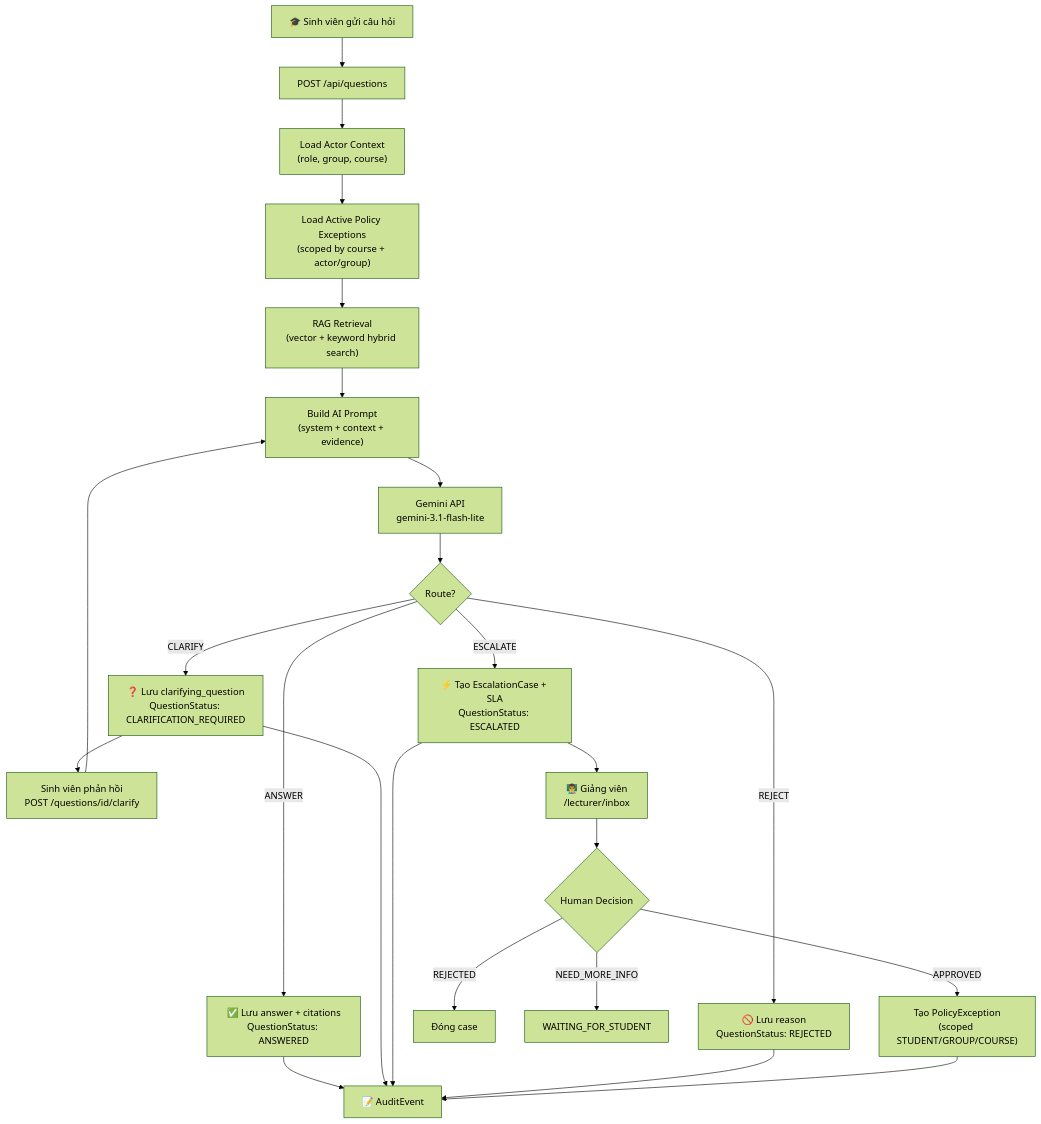
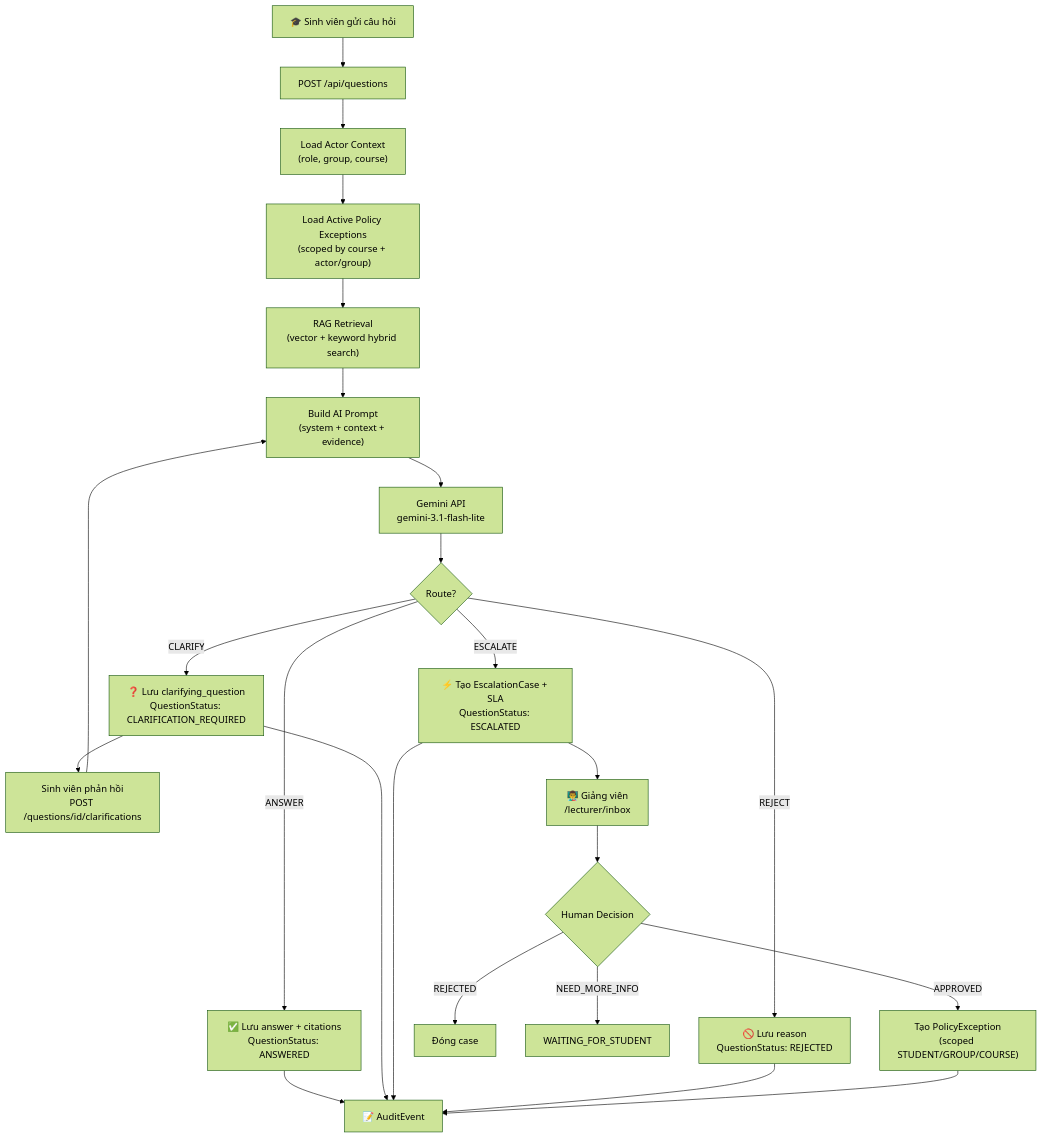
One commit to HnhanBk415/academic-escalation-referee changed the second of 2 diagrams in PROJECT_OVERVIEW.md. Above: the diagram before and after it, drawn with Mermaid (forest theme). The commit also changed other lines of this file and 44 other files, not shown here.

````diff
--- a/PROJECT_OVERVIEW.md
+++ b/PROJECT_OVERVIEW.md
@@ -786,26 +889,26 @@
 ```mermaid
 flowchart TD
     A["🎓 Sinh viên gửi câu hỏi"] --> B["POST /api/questions"]
     B --> C["Load Actor Context\n(role, group, course)"]
     C --> D["Load Active Policy Exceptions\n(scoped by course + actor/group)"]
     D --> E["RAG Retrieval\n(vector + keyword hybrid search)"]
     E --> F["Build AI Prompt\n(system + context + evidence)"]
     F --> G["Gemini API\ngemini-3.1-flash-lite"]
     G --> H{"Route?"}
     H -->|ANSWER| I["✅ Lưu answer + citations\nQuestionStatus: ANSWERED"]
     H -->|CLARIFY| J["❓ Lưu clarifying_question\nQuestionStatus: CLARIFICATION_REQUIRED"]
     H -->|ESCALATE| K["⚡ Tạo EscalationCase + SLA\nQuestionStatus: ESCALATED"]
     H -->|REJECT| L["🚫 Lưu reason\nQuestionStatus: REJECTED"]
-    J --> M["Sinh viên phản hồi\nPOST /questions/id/clarify"]
+    J --> M["Sinh viên phản hồi\nPOST /questions/id/clarifications"]
     M --> F
     K --> N["👨‍🏫 Giảng viên\n/lecturer/inbox"]
     N --> O{"Human Decision"}
     O -->|APPROVED| P["Tạo PolicyException\n(scoped STUDENT/GROUP/COURSE)"]
     O -->|REJECTED| Q["Đóng case"]
     O -->|NEED_MORE_INFO| R["WAITING_FOR_STUDENT"]
     I --> S["📝 AuditEvent"]
     J --> S
     K --> S
     L --> S
     P --> S
 ```
````
